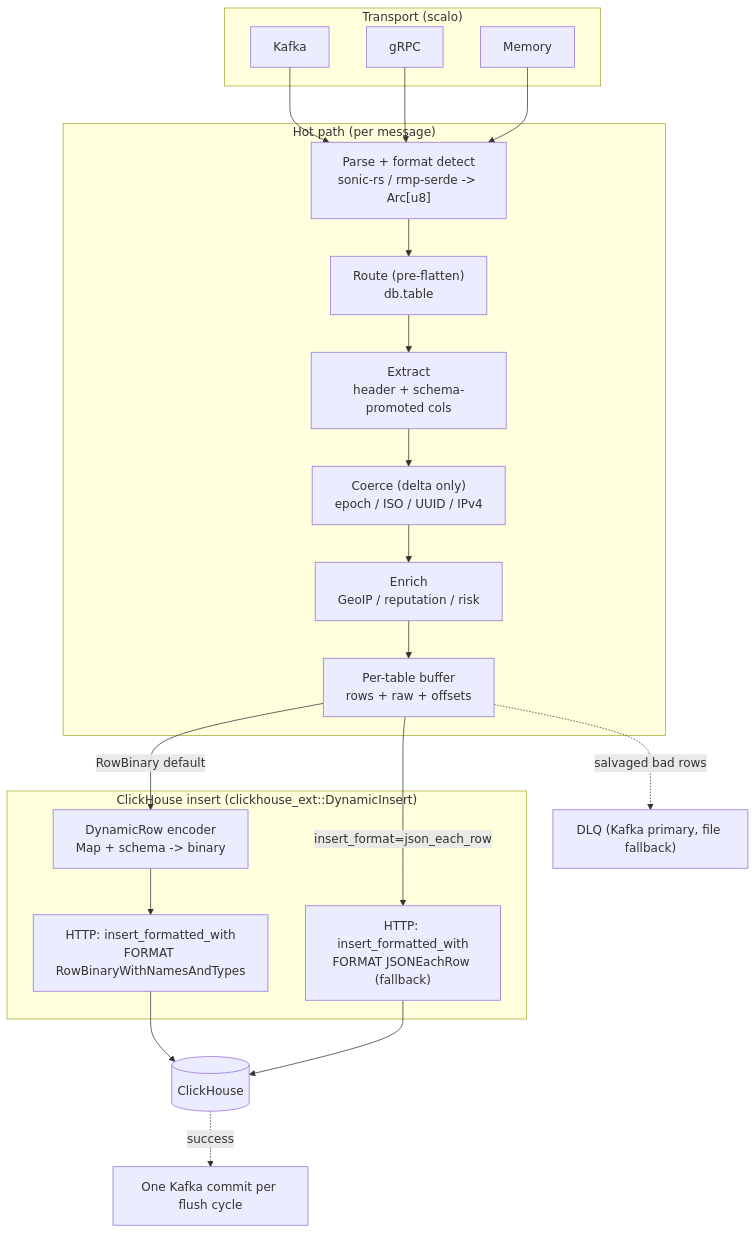
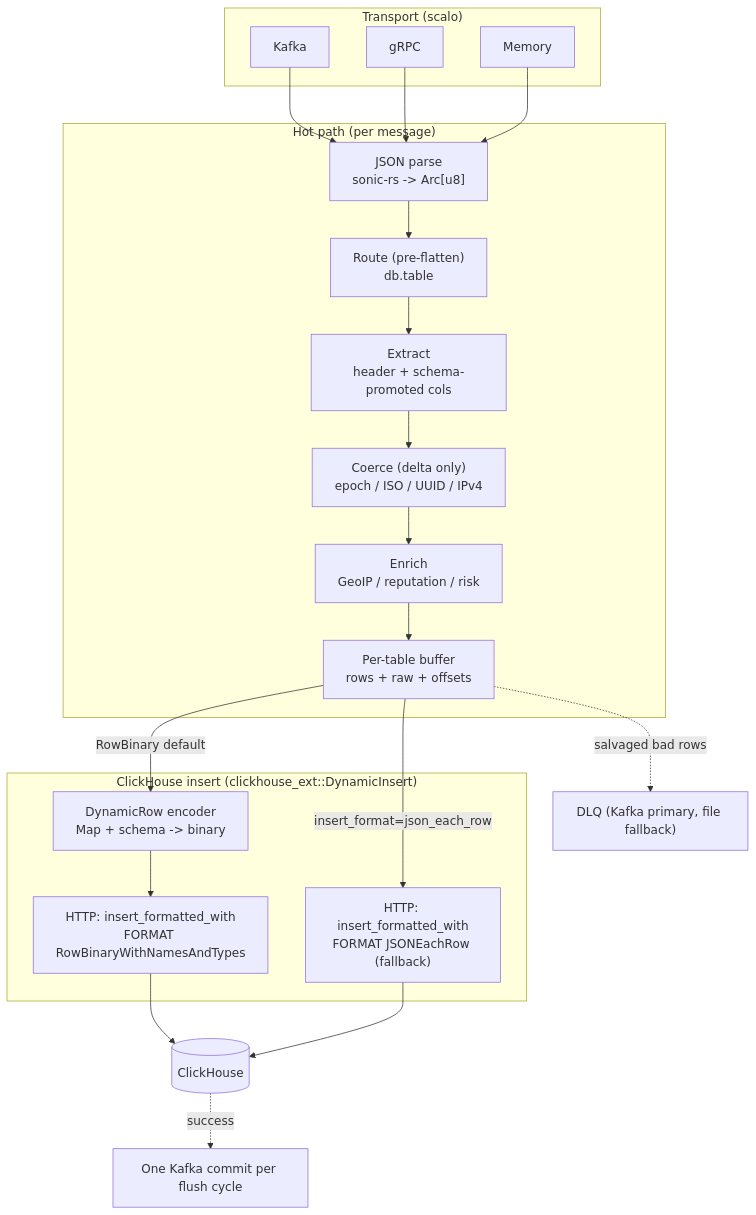
One commit to hyperi-io/dfe-loader changed the diagram in docs/README.md. Above: the diagram before and after it, drawn with Mermaid. The commit also changed other lines of this file and 24 other files, not shown here.

First line of the commit message:
fix: remove MessagePack, JSON is the only payload format

````diff
--- a/docs/README.md
+++ b/docs/README.md
@@ -42,33 +42,33 @@
 ```mermaid
 flowchart TB
     subgraph Ingress["Transport (scalo)"]
         K["Kafka"]
         G["gRPC"]
         M["Memory"]
     end
 
     subgraph Hot["Hot path (per message)"]
-        P["Parse + format detect<br/>sonic-rs / rmp-serde -> Arc[u8]"]
+        P["JSON parse<br/>sonic-rs -> Arc[u8]"]
         R["Route (pre-flatten)<br/>db.table"]
         X["Extract<br/>header + schema-promoted cols"]
         C["Coerce (delta only)<br/>epoch / ISO / UUID / IPv4"]
         E["Enrich<br/>GeoIP / reputation / risk"]
         B["Per-table buffer<br/>rows + raw + offsets"]
     end
 
     subgraph Sink["ClickHouse insert (clickhouse_ext::DynamicInsert)"]
         CE["DynamicRow encoder<br/>Map + schema -> binary"]
         HTTP["HTTP: insert_formatted_with<br/>FORMAT RowBinaryWithNamesAndTypes"]
         JF["HTTP: insert_formatted_with<br/>FORMAT JSONEachRow (fallback)"]
     end
 
     CH[("ClickHouse")]
     DLQ["DLQ (Kafka primary, file fallback)"]
 
     K & G & M --> P --> R --> X --> C --> E --> B
     B -->|RowBinary default| CE
     CE --> HTTP --> CH
     B -->|insert_format=json_each_row| JF --> CH
     B -.salvaged bad rows.-> DLQ
     CH -.success.-> Commit["One Kafka commit per flush cycle"]
 ```
````
